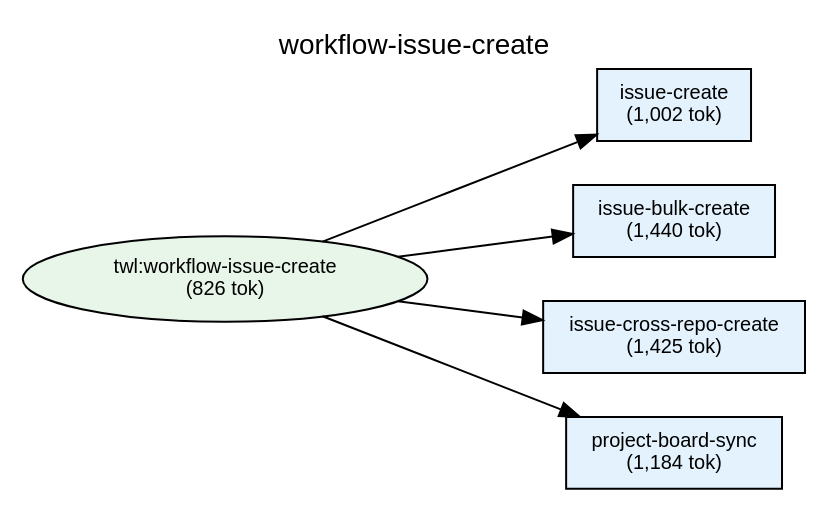
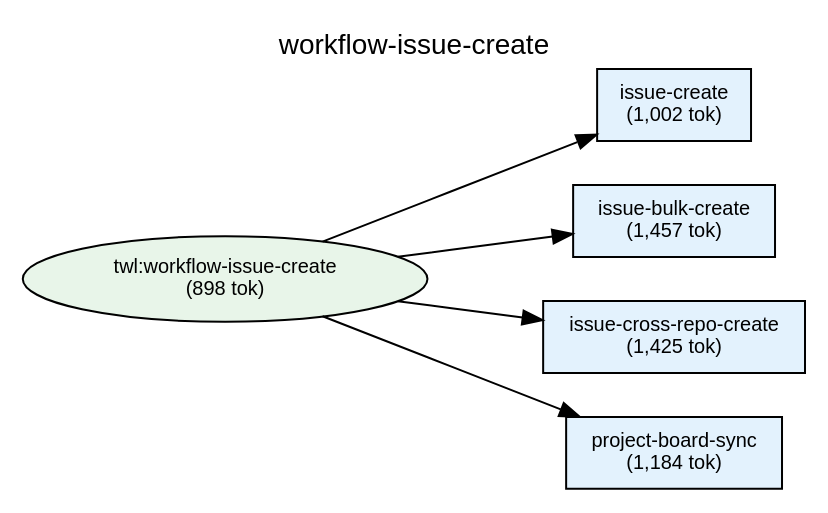
One commit to shuu5/twill changed the diagram in plugins/twl/docs/deps-workflow-issue-create.dot. Above: the diagram before and after it, drawn with Graphviz. The commit also changed 29 other files, not shown here.

```diff
--- a/plugins/twl/docs/deps-workflow-issue-create.dot
+++ b/plugins/twl/docs/deps-workflow-issue-create.dot
@@ -1,51 +1,51 @@
 digraph Dependencies {
     // Graph settings
     rankdir=LR;
     ranksep=0.8;
     nodesep=0.3;
     fontname="Helvetica";
     node [fontname="Helvetica", fontsize=10];
     edge [fontname="Helvetica", fontsize=9];
     label="workflow-issue-create";
     labelloc=t;
     fontsize=14;
 
     // L0: Controller Skills
 
     // L0: Launchers
 
     // L0.5: Workflow Skills
-    skill_workflow_issue_create [label="twl:workflow-issue-create\n(826 tok)", shape=ellipse, style=filled, fillcolor="#e8f5e9"];
+    skill_workflow_issue_create [label="twl:workflow-issue-create\n(898 tok)", shape=ellipse, style=filled, fillcolor="#e8f5e9"];
 
     // Reference Skills
 
     // L1: Direct Commands
     cmd_issue_create [label="issue-create\n(1,002 tok)", shape=box, style=filled, fillcolor="#e3f2fd"];
-    cmd_issue_bulk_create [label="issue-bulk-create\n(1,440 tok)", shape=box, style=filled, fillcolor="#e3f2fd"];
+    cmd_issue_bulk_create [label="issue-bulk-create\n(1,457 tok)", shape=box, style=filled, fillcolor="#e3f2fd"];
     cmd_issue_cross_repo_create [label="issue-cross-repo-create\n(1,425 tok)", shape=box, style=filled, fillcolor="#e3f2fd"];
     cmd_project_board_sync [label="project-board-sync\n(1,184 tok)", shape=box, style=filled, fillcolor="#e3f2fd"];
 
     // L2: Sub Commands
 
     // L3: Agents
 
     // L3.5: Scripts
 
     // L4: External
 
     // Layer constraints
     { rank=same; skill_workflow_issue_create; }
     { rank=same; cmd_issue_create; cmd_issue_bulk_create; cmd_issue_cross_repo_create; cmd_project_board_sync; }
 
     // Edges
     skill_workflow_issue_create -> cmd_issue_create;
     skill_workflow_issue_create -> cmd_issue_bulk_create;
     skill_workflow_issue_create -> cmd_issue_cross_repo_create;
     skill_workflow_issue_create -> cmd_project_board_sync;
 
     // Ordering constraints (invisible edges)
     cmd_issue_create -> cmd_issue_bulk_create [style=invis, weight=10];
     cmd_issue_bulk_create -> cmd_issue_cross_repo_create [style=invis, weight=10];
     cmd_issue_cross_repo_create -> cmd_project_board_sync [style=invis, weight=10];
 
 }
```
